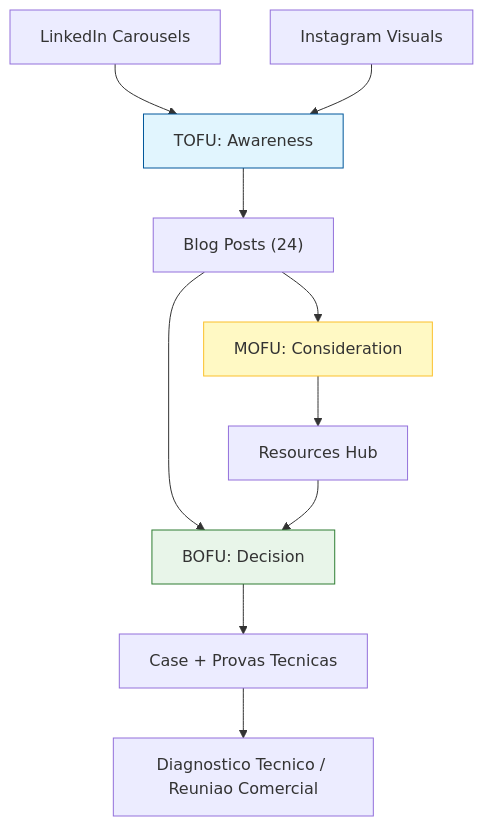
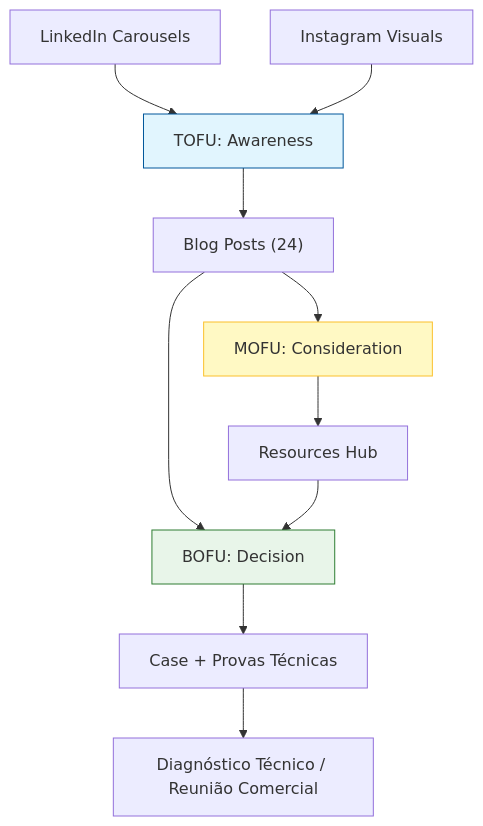
Before and after one commit to RafaellsAlmeida/lifetrek: the diagram in docs/strategy/marketing_funnel_strategy.md, drawn with Mermaid. The commit also changed other lines of this file and 136 other files, not shown here.

````diff
--- a/docs/strategy/marketing_funnel_strategy.md
+++ b/docs/strategy/marketing_funnel_strategy.md
@@ -16,27 +18,27 @@
 ```mermaid
 graph TD
     TOF["TOFU: Awareness"]
     MOF["MOFU: Consideration"]
     BOF["BOFU: Decision"]
 
     LI["LinkedIn Carousels"]
     IG["Instagram Visuals"]
     BLOG["Blog Posts (24)"]
     RES["Resources Hub"]
-    CASE["Case + Provas Tecnicas"]
-    MEET["Diagnostico Tecnico / Reuniao Comercial"]
+    CASE["Case + Provas Técnicas"]
+    MEET["Diagnóstico Técnico / Reunião Comercial"]
 
     LI --> TOF
     IG --> TOF
     TOF --> BLOG
     BLOG --> MOF
     MOF --> RES
     BLOG --> BOF
     RES --> BOF
     BOF --> CASE
     CASE --> MEET
 
     style TOF fill:#e1f5fe,stroke:#01579b
     style MOF fill:#fff9c4,stroke:#fbc02d
     style BOF fill:#e8f5e9,stroke:#2e7d32
 ```
````
